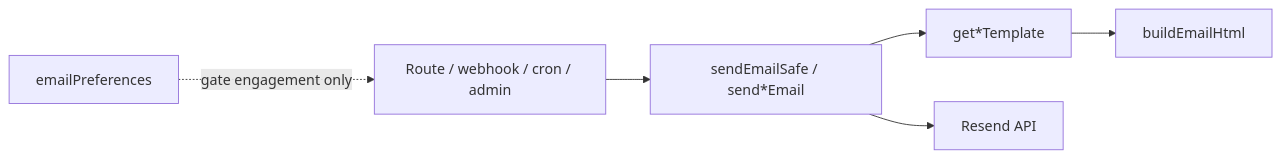
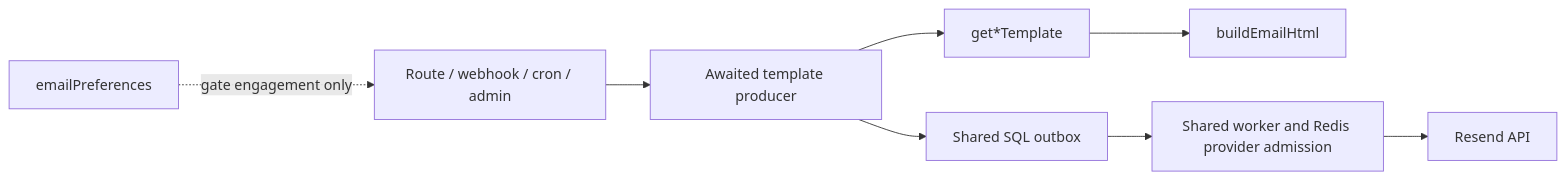
One commit to txufiknr/Twistloom-backend changed the diagram in docs/architecture/TRANSACTIONAL_EMAILS.md. Above: the diagram before and after it, drawn with Mermaid. The commit also changed other lines of this file and 59 other files, not shown here.

Commit message:
feat: email delivery architecture

````diff
--- a/docs/architecture/TRANSACTIONAL_EMAILS.md
+++ b/docs/architecture/TRANSACTIONAL_EMAILS.md
@@ -38,8 +43,9 @@
 ```mermaid
 flowchart LR
-  Trigger["Route / webhook / cron / admin"] --> Safe["sendEmailSafe / send*Email"]
+  Trigger["Route / webhook / cron / admin"] --> Safe["Awaited template producer"]
   Safe --> Template["get*Template"]
   Template --> Layout["buildEmailHtml"]
-  Safe --> Resend["Resend API"]
+  Safe --> Outbox["Shared SQL outbox"]
+  Outbox --> Worker["Shared worker and Redis provider admission"] --> Resend["Resend API"]
   Prefs["emailPreferences"] -.->|gate engagement only| Trigger
 ```
````
